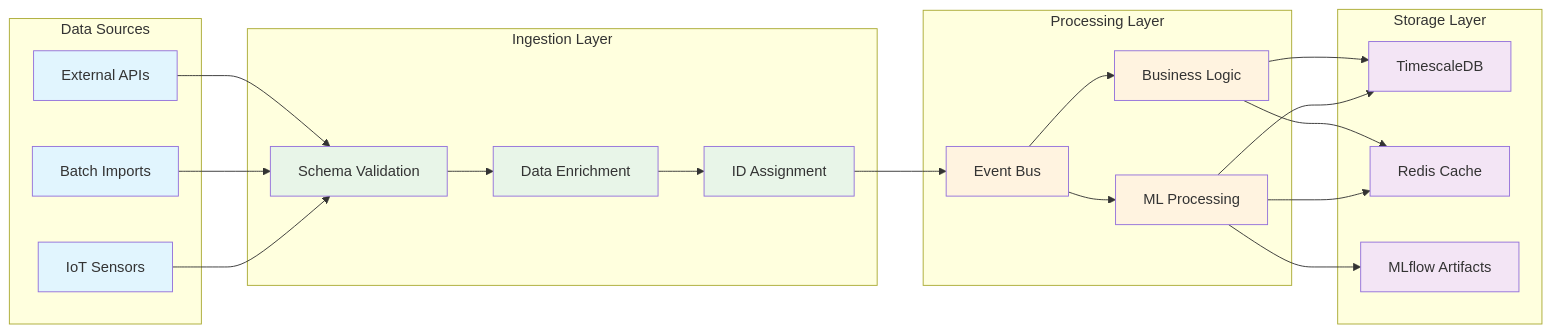
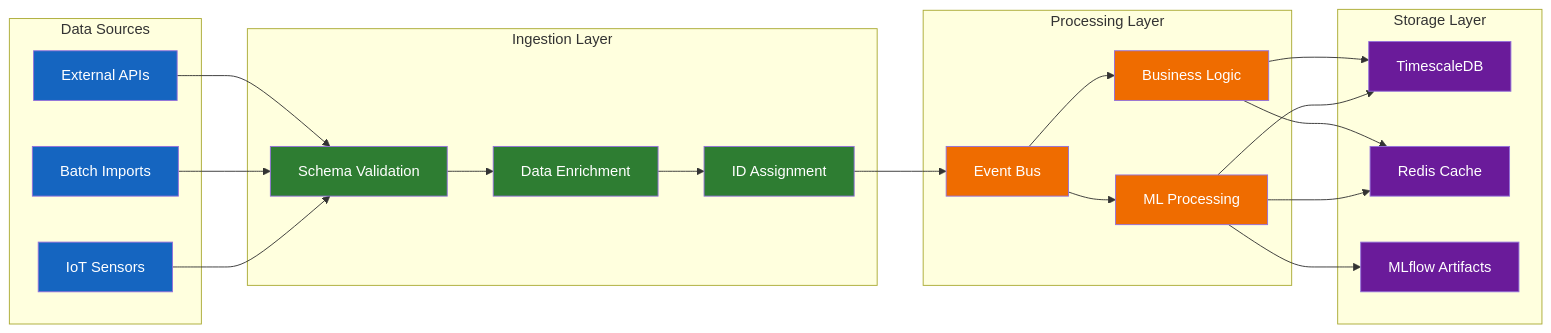
Before and after one commit to YanCotta/enterprise_challenge_sprint_1_hermes_reply: the tenth of 16 diagrams in smart-maintenance-saas/docs/SYSTEM_AND_ARCHITECTURE.md, drawn with Mermaid. The commit also changed other lines of this file, not shown here.

Commit message:
feat: update class definitions in architecture diagrams for improved clarity and consistency

````diff
--- a/smart-maintenance-saas/docs/SYSTEM_AND_ARCHITECTURE.md
+++ b/smart-maintenance-saas/docs/SYSTEM_AND_ARCHITECTURE.md
@@ -684,54 +756,54 @@
 ```mermaid
 flowchart LR
     subgraph "Data Sources"
         SENSORS[IoT Sensors]
         BATCH[Batch Imports]
         EXTERNAL[External APIs]
     end
 
     subgraph "Ingestion Layer"
         VALIDATE[Schema Validation]
         ENRICH[Data Enrichment]
         CORRELATION[ID Assignment]
     end
 
     subgraph "Processing Layer"
         EVENT_BUS[Event Bus]
         ML_PIPELINE[ML Processing]
         BUSINESS_RULES[Business Logic]
     end
 
     subgraph "Storage Layer"
         TIMESERIES[TimescaleDB]
         CACHE[Redis Cache]
         ARTIFACTS[MLflow Artifacts]
     end
 
     SENSORS --> VALIDATE
     BATCH --> VALIDATE
     EXTERNAL --> VALIDATE
 
     VALIDATE --> ENRICH
     ENRICH --> CORRELATION
     CORRELATION --> EVENT_BUS
 
     EVENT_BUS --> ML_PIPELINE
     EVENT_BUS --> BUSINESS_RULES
 
     ML_PIPELINE --> TIMESERIES
     ML_PIPELINE --> CACHE
     ML_PIPELINE --> ARTIFACTS
 
     BUSINESS_RULES --> TIMESERIES
     BUSINESS_RULES --> CACHE
 
-    classDef sources fill:#e1f5fe
-    classDef ingestion fill:#e8f5e8
-    classDef processing fill:#fff3e0
-    classDef storage fill:#f3e5f5
+    classDef sources fill:#1565C0,color:#ffffff
+    classDef ingestion fill:#2E7D32,color:#ffffff
+    classDef processing fill:#EF6C00,color:#ffffff
+    classDef storage fill:#6A1B9A,color:#ffffff
 
     class SENSORS,BATCH,EXTERNAL sources
     class VALIDATE,ENRICH,CORRELATION ingestion
     class EVENT_BUS,ML_PIPELINE,BUSINESS_RULES processing
     class TIMESERIES,CACHE,ARTIFACTS storage
 ```
````
